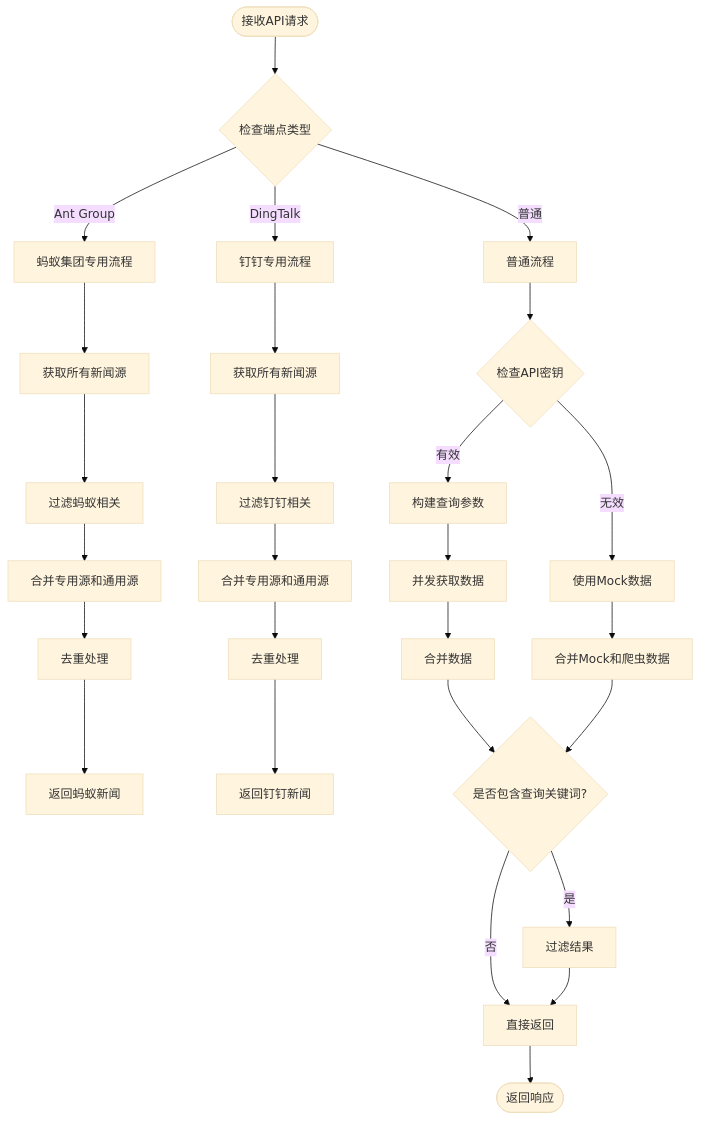
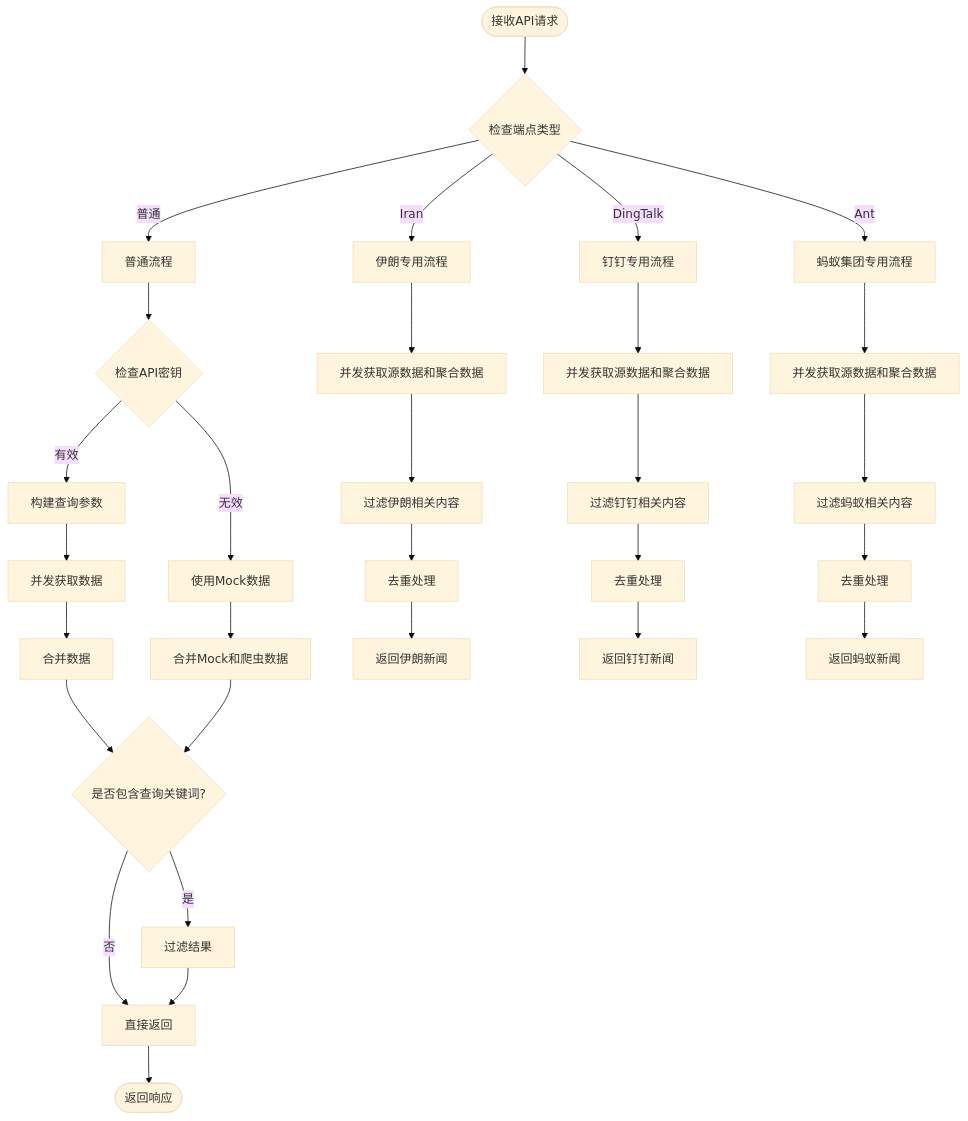
Diagram 14 of 15 in .qoder/repowiki/zh/content/核心功能模块/新闻数据获取系统.md (zuozuoliu740-cmd/xianxiong-news), drawn with Mermaid (base theme) before and after one commit. The commit also changed other lines of this file and 27 other files, not shown here.

Commit message:
feat: 新增AI实验室模块 - AI爆品替换工作台(视频替换/商品详情生成/图生视频/英文配音)、我的视频管理、首页入口卡片

````diff
--- a/.qoder/repowiki/zh/content/核心功能模块/新闻数据获取系统.md
+++ b/.qoder/repowiki/zh/content/核心功能模块/新闻数据获取系统.md
@@ -652,29 +711,32 @@
 ```mermaid
 flowchart TD
 Start([接收API请求]) --> CheckEndpoint{检查端点类型}
-CheckEndpoint --> |Ant Group| AntFlow["蚂蚁集团专用流程"]
+CheckEndpoint --> |Iran| IranFlow["伊朗专用流程"]
 CheckEndpoint --> |DingTalk| DingFlow["钉钉专用流程"]
+CheckEndpoint --> |Ant| AntFlow["蚂蚁集团专用流程"]
 CheckEndpoint --> |普通| NormalFlow["普通流程"]
-AntFlow --> GetSources["获取所有新闻源"]
-GetSources --> FilterAnt["过滤蚂蚁相关"]
-FilterAnt --> MergeAnt["合并专用源和通用源"]
-MergeAnt --> Deduplicate["去重处理"]
-Deduplicate --> ReturnAnt["返回蚂蚁新闻"]
-DingFlow --> GetSources2["获取所有新闻源"]
-GetSources2 --> FilterDing["过滤钉钉相关"]
-FilterDing --> MergeDing["合并专用源和通用源"]
-MergeDing --> Deduplicate2["去重处理"]
-Deduplicate2 --> ReturnDing["返回钉钉新闻"]
+IranFlow --> ParallelFetch1["并发获取源数据和聚合数据"]
+ParallelFetch1 --> FilterIran["过滤伊朗相关内容"]
+DingFlow --> ParallelFetch2["并发获取源数据和聚合数据"]
+ParallelFetch2 --> FilterDing["过滤钉钉相关内容"]
+AntFlow --> ParallelFetch3["并发获取源数据和聚合数据"]
+ParallelFetch3 --> FilterAnt["过滤蚂蚁相关内容"]
 NormalFlow --> CheckAPIKey{检查API密钥}
 CheckAPIKey --> |有效| BuildQuery[构建查询参数]
 CheckAPIKey --> |无效| UseMock[使用Mock数据]
-BuildQuery --> ParallelFetch[并发获取数据]
-ParallelFetch --> MergeData[合并数据]
+BuildQuery --> ParallelFetch4[并发获取数据]
+ParallelFetch4 --> MergeData[合并数据]
 UseMock --> MergeMock[合并Mock和爬虫数据]
+FilterIran --> Deduplicate1["去重处理"]
+FilterDing --> Deduplicate2["去重处理"]
+FilterAnt --> Deduplicate3["去重处理"]
+Deduplicate1 --> ReturnIran["返回伊朗新闻"]
+Deduplicate2 --> ReturnDing["返回钉钉新闻"]
+Deduplicate3 --> ReturnAnt["返回蚂蚁新闻"]
 MergeData --> FilterQuery{是否包含查询关键词?}
 MergeMock --> FilterQuery
 FilterQuery --> |是| FilterResults[过滤结果]
 FilterQuery --> |否| ReturnResults[直接返回]
 FilterResults --> ReturnResults
 ReturnResults --> End([返回响应])
 ```
````
